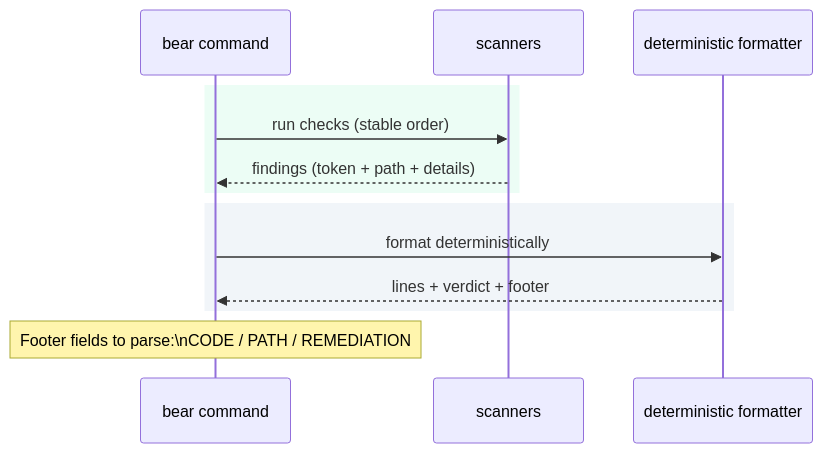
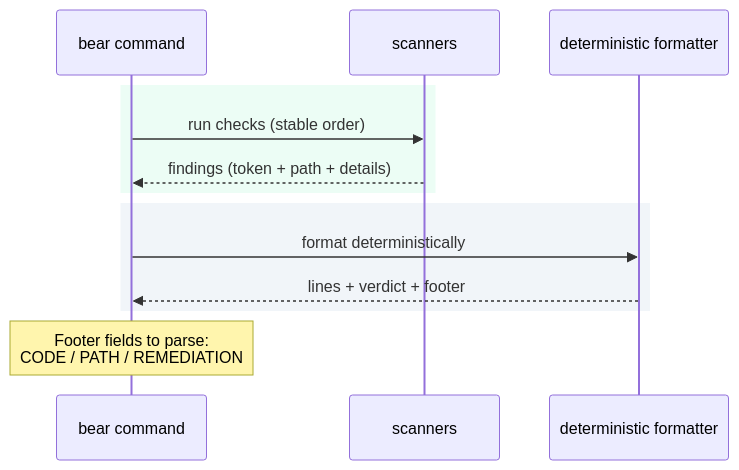
Before and after one commit to Premshay/bear-cli: the diagram in docs/public/output-format.md, drawn with Mermaid. The commit also changed 2 other files, not shown here.

Commit message:
fix: Update Mermaid diagram labels for proper line break rendering in public documentation

````diff
--- a/docs/public/output-format.md
+++ b/docs/public/output-format.md
@@ -17,19 +17,19 @@
 ```mermaid
 %% id: bear-output-pipeline-v1
 sequenceDiagram
   participant CLI as bear command
   participant Scan as scanners
   participant Report as deterministic formatter
 
   rect rgb(236,253,245)
     CLI->>Scan: run checks (stable order)
     Scan-->>CLI: findings (token + path + details)
   end
 
   rect rgb(241,245,249)
     CLI->>Report: format deterministically
     Report-->>CLI: lines + verdict + footer
   end
 
-  Note over CLI: Footer fields to parse:\nCODE / PATH / REMEDIATION
+  Note over CLI: Footer fields to parse:<br/>CODE / PATH / REMEDIATION
 ```
````
